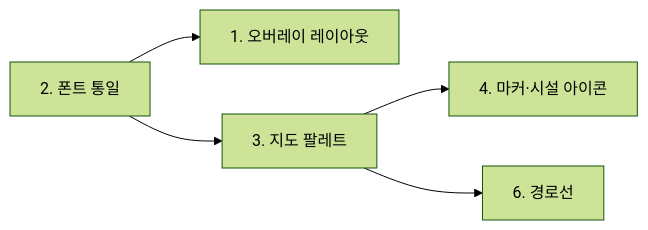
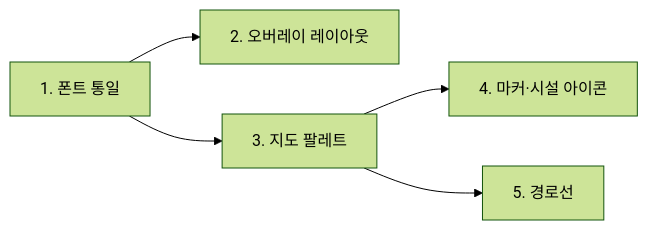
Before and after one commit to Routex-labs/Navigation: the diagram in docs/client/map-ui-redesign-plan.md, drawn with Mermaid (forest theme). The commit also changed other lines of this file, not shown here.

````diff
--- a/docs/client/map-ui-redesign-plan.md
+++ b/docs/client/map-ui-redesign-plan.md
@@ -36,7 +34,7 @@
 ```mermaid
 graph LR
-    F["2. 폰트 통일"] --> O["1. 오버레이 레이아웃"]
+    F["1. 폰트 통일"] --> O["2. 오버레이 레이아웃"]
     F --> P["3. 지도 팔레트"]
     P --> M["4. 마커·시설 아이콘"]
-    P --> R["6. 경로선"]
+    P --> R["5. 경로선"]
 ```
````
